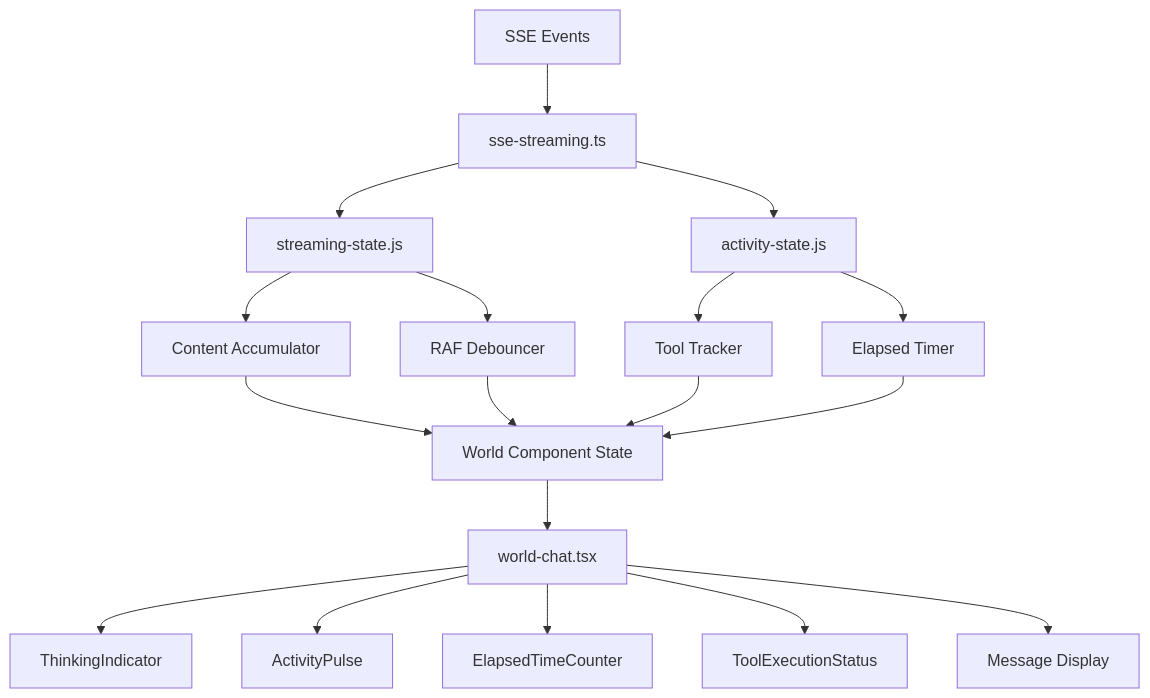
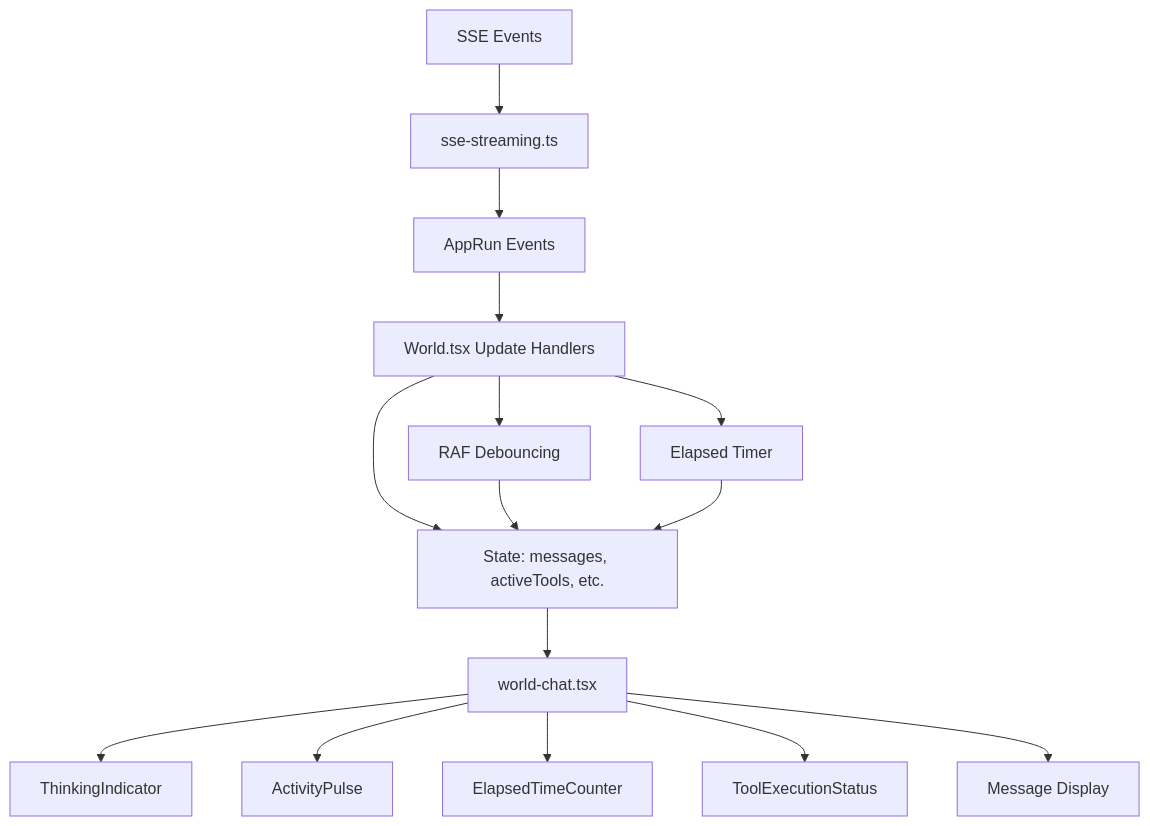
The first of 3 diagrams in .docs/plans/2026-02-11/plan-port-electron-ux-to-web.md (yysun/agent-world), drawn with Mermaid before and after one commit. The commit also changed other lines of this file and 1 other file, not shown here.

Commit message:
feat: simplify architecture by merging streaming state directly into World.tsx and implementing RAF debouncing

````diff
--- a/.docs/plans/2026-02-11/plan-port-electron-ux-to-web.md
+++ b/.docs/plans/2026-02-11/plan-port-electron-ux-to-web.md
@@ -79,20 +101,17 @@
 ```mermaid
 flowchart TD
     A[SSE Events] --> B[sse-streaming.ts]
-    B --> C[streaming-state.js]
-    B --> D[activity-state.js]
-    C --> E[Content Accumulator]
-    D --> F[Tool Tracker]
-    C --> G[RAF Debouncer]
-    D --> H[Elapsed Timer]
-    G --> I[World Component State]
-    H --> I
-    E --> I
-    F --> I
-    I --> J[world-chat.tsx]
-    J --> K[ThinkingIndicator]
-    J --> L[ActivityPulse]
-    J --> M[ElapsedTimeCounter]
-    J --> N[ToolExecutionStatus]
-    J --> O[Message Display]
+    B --> C[AppRun Events]
+    C --> D[World.tsx Update Handlers]
+    D --> E[State: messages, activeTools, etc.]
+    D --> F[RAF Debouncing]
+    D --> G[Elapsed Timer]
+    F --> E
+    G --> E
+    E --> H[world-chat.tsx]
+    H --> I[ThinkingIndicator]
+    H --> J[ActivityPulse]
+    H --> K[ElapsedTimeCounter]
+    H --> L[ToolExecutionStatus]
+    H --> M[Message Display]
 ```
````
